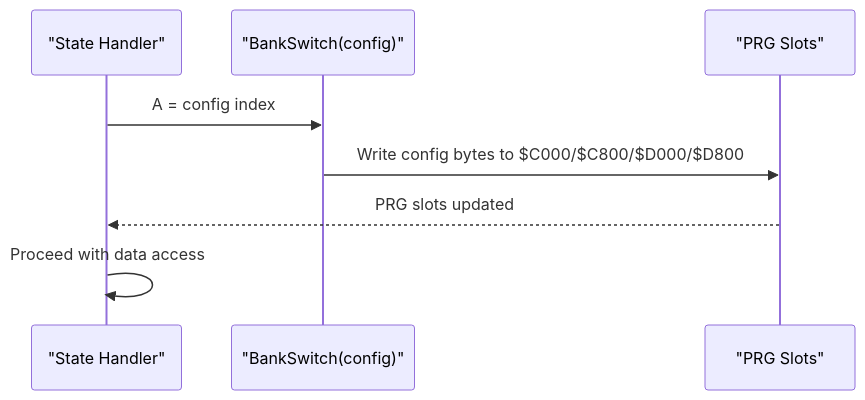
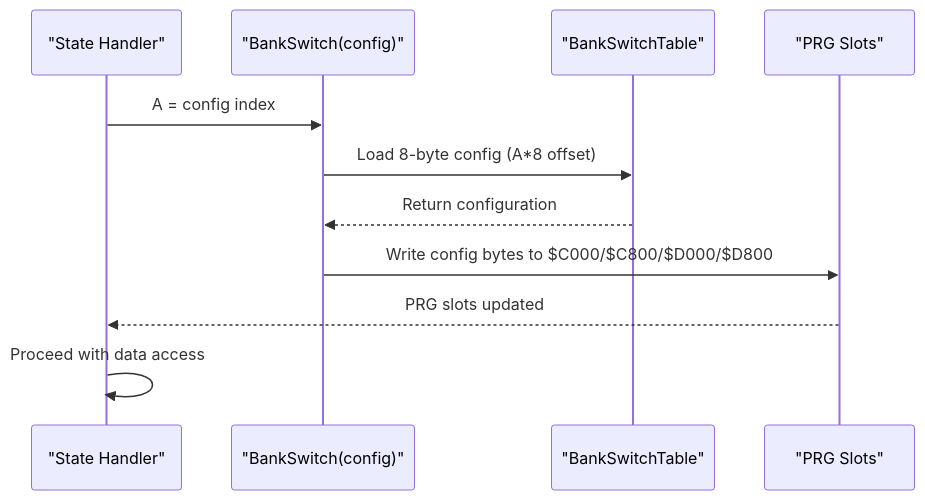
The seventh of 8 diagrams in .qoder/repowiki/en/content/Data Access and Memory Management/Bank Switching for Data Access.md (rabbyzero/sango2dasm), drawn with Mermaid before and after one commit. The commit also changed other lines of this file and 9 other files, not shown here.

Commit message:
clean $E843-$F2AE manually. add comments. rename bank switch functions.

````diff
--- a/.qoder/repowiki/en/content/Data Access and Memory Management/Bank Switching for Data Access.md
+++ b/.qoder/repowiki/en/content/Data Access and Memory Management/Bank Switching for Data Access.md
@@ -227,10 +275,13 @@
 ```mermaid
 sequenceDiagram
 participant State as "State Handler"
 participant BankSwitch as "BankSwitch(config)"
+participant ConfigTable as "BankSwitchTable"
 participant PRG as "PRG Slots"
 State->>BankSwitch : A = config index
+BankSwitch->>ConfigTable : Load 8-byte config (A*8 offset)
+ConfigTable-->>BankSwitch : Return configuration
 BankSwitch->>PRG : Write config bytes to $C000/$C800/$D000/$D800
 PRG-->>State : PRG slots updated
 State->>State : Proceed with data access
 ```
````
